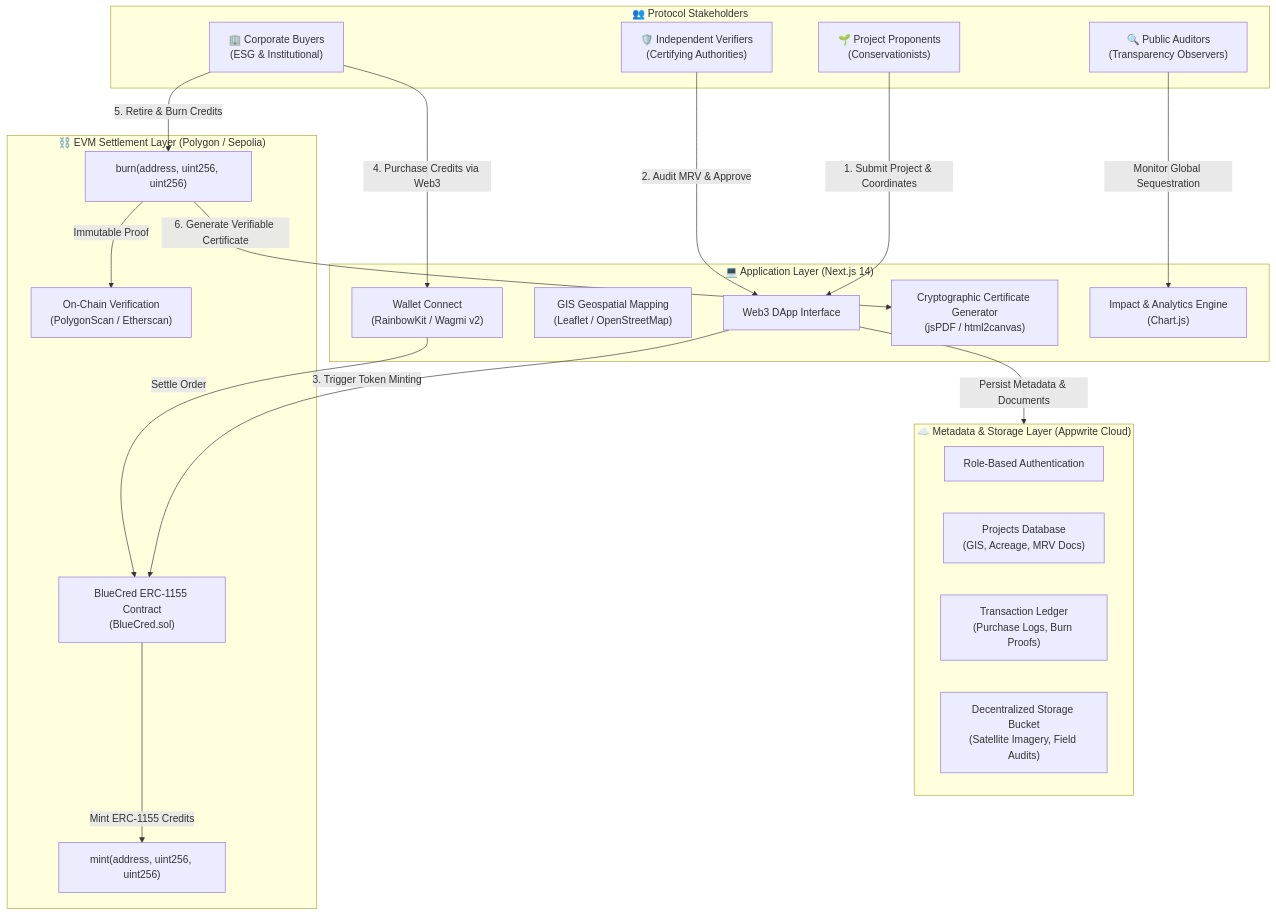
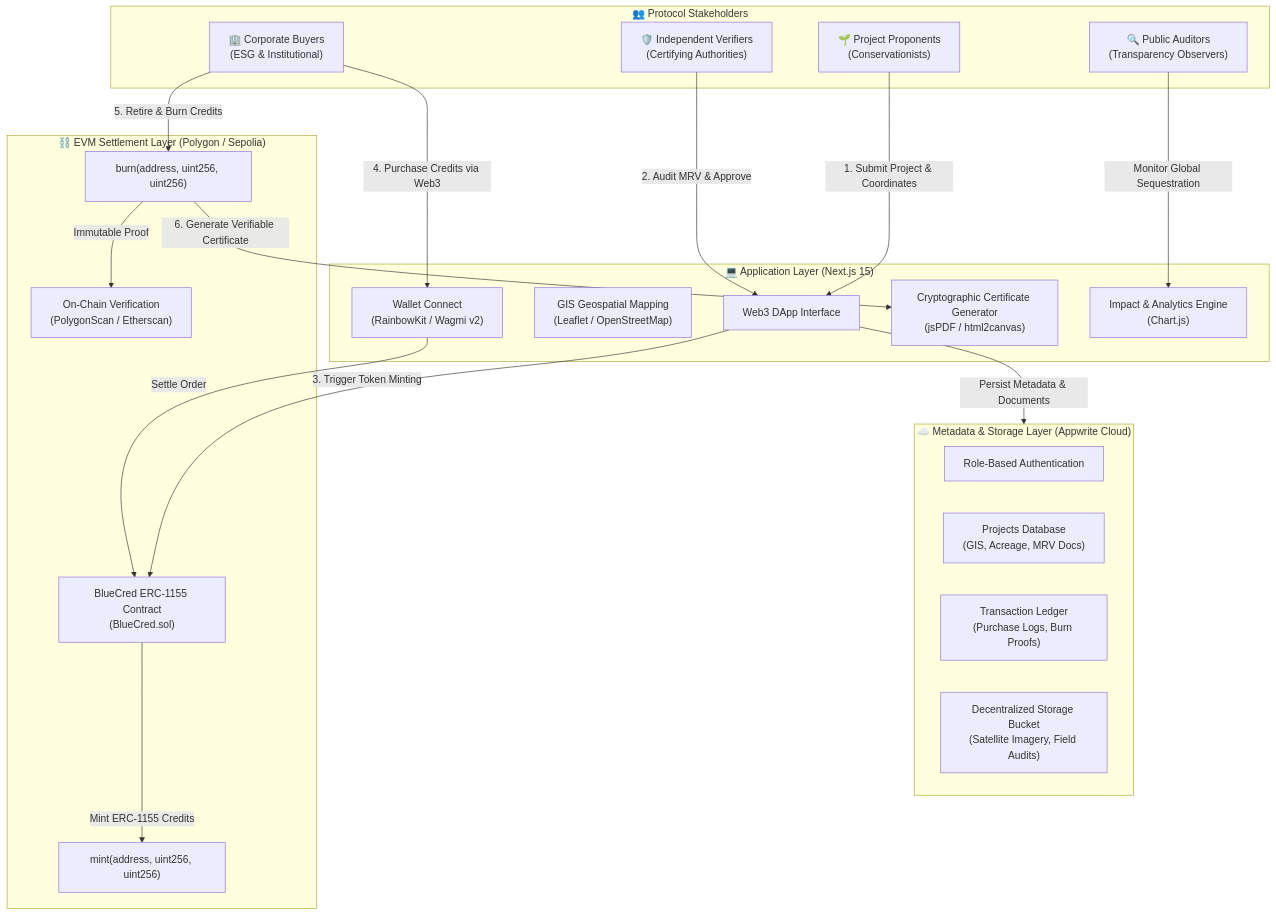
One commit to Trunal2005/Blue-Cred changed the first of 2 diagrams in README.md. Above: the diagram before and after it, drawn with Mermaid. The commit also changed other lines of this file and 63 other files, not shown here.

````diff
--- a/README.md
+++ b/README.md
@@ -79,43 +79,43 @@
 ```mermaid
 flowchart TD
     subgraph STAKEHOLDERS["👥 Protocol Stakeholders"]
         P["🌱 Project Proponents<br>(Conservationists)"]
         V["🛡️ Independent Verifiers<br>(Certifying Authorities)"]
         B["🏢 Corporate Buyers<br>(ESG & Institutional)"]
         A["🔍 Public Auditors<br>(Transparency Observers)"]
     end
 
-    subgraph CLIENT["💻 Application Layer (Next.js 14)"]
+    subgraph CLIENT["💻 Application Layer (Next.js 15)"]
         UI["Web3 DApp Interface"]
         MAP["GIS Geospatial Mapping<br>(Leaflet / OpenStreetMap)"]
         WALLET["Wallet Connect<br>(RainbowKit / Wagmi v2)"]
         CERT["Cryptographic Certificate Generator<br>(jsPDF / html2canvas)"]
         CHARTS["Impact & Analytics Engine<br>(Chart.js)"]
     end
 
     subgraph BACKEND["☁️ Metadata & Storage Layer (Appwrite Cloud)"]
         AUTH["Role-Based Authentication"]
         DB_PROJ["Projects Database<br>(GIS, Acreage, MRV Docs)"]
         DB_TX["Transaction Ledger<br>(Purchase Logs, Burn Proofs)"]
         BUCKET["Decentralized Storage Bucket<br>(Satellite Imagery, Field Audits)"]
     end
 
     subgraph BLOCKCHAIN["⛓️ EVM Settlement Layer (Polygon / Sepolia)"]
         SC["BlueCred ERC-1155 Contract<br>(BlueCred.sol)"]
         MINT["mint(address, uint256, uint256)"]
         BURN["burn(address, uint256, uint256)"]
         EXPLORER["On-Chain Verification<br>(PolygonScan / Etherscan)"]
     end
 
     P -->|1. Submit Project & Coordinates| UI
     UI -->|Persist Metadata & Documents| BACKEND
     V -->|2. Audit MRV & Approve| UI
     UI -->|3. Trigger Token Minting| SC
     SC -->|Mint ERC-1155 Credits| MINT
     B -->|4. Purchase Credits via Web3| WALLET
     WALLET -->|Settle Order| SC
     B -->|5. Retire & Burn Credits| BURN
     BURN -->|Immutable Proof| EXPLORER
     BURN -->|6. Generate Verifiable Certificate| CERT
     A -->|Monitor Global Sequestration| CHARTS
 ```
````
